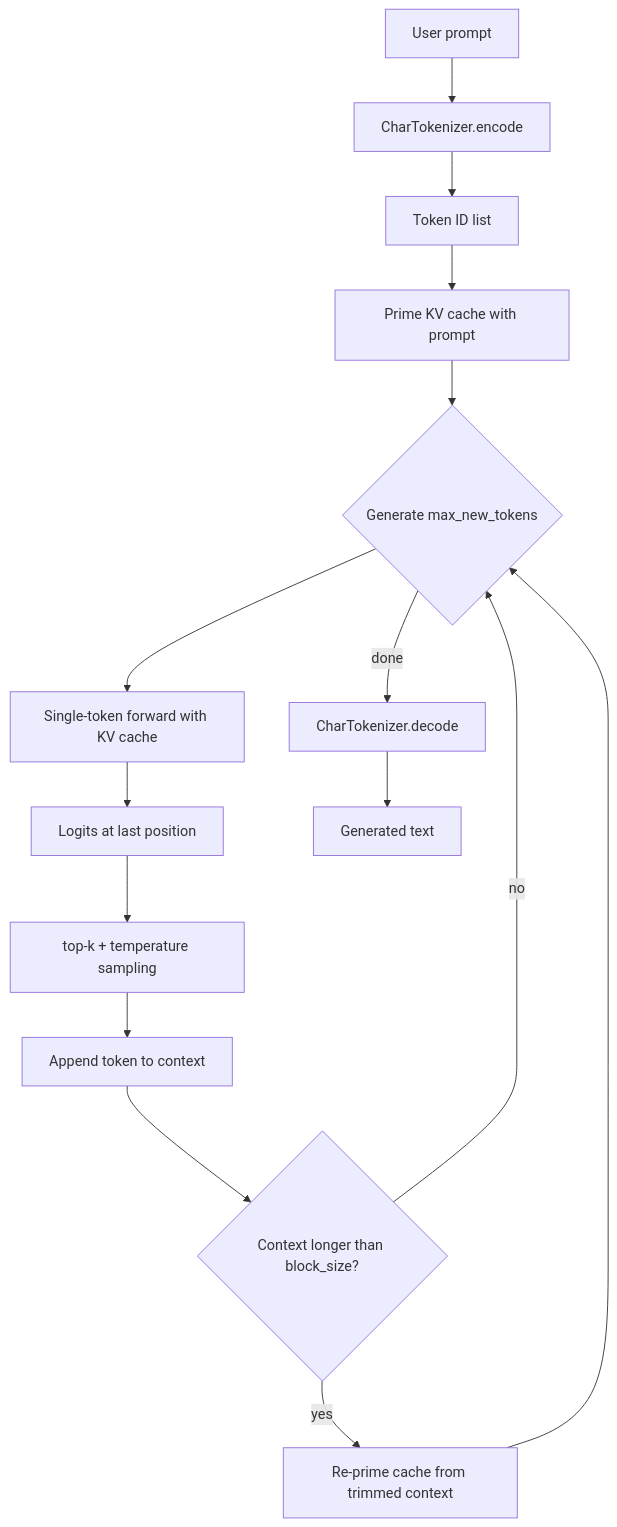
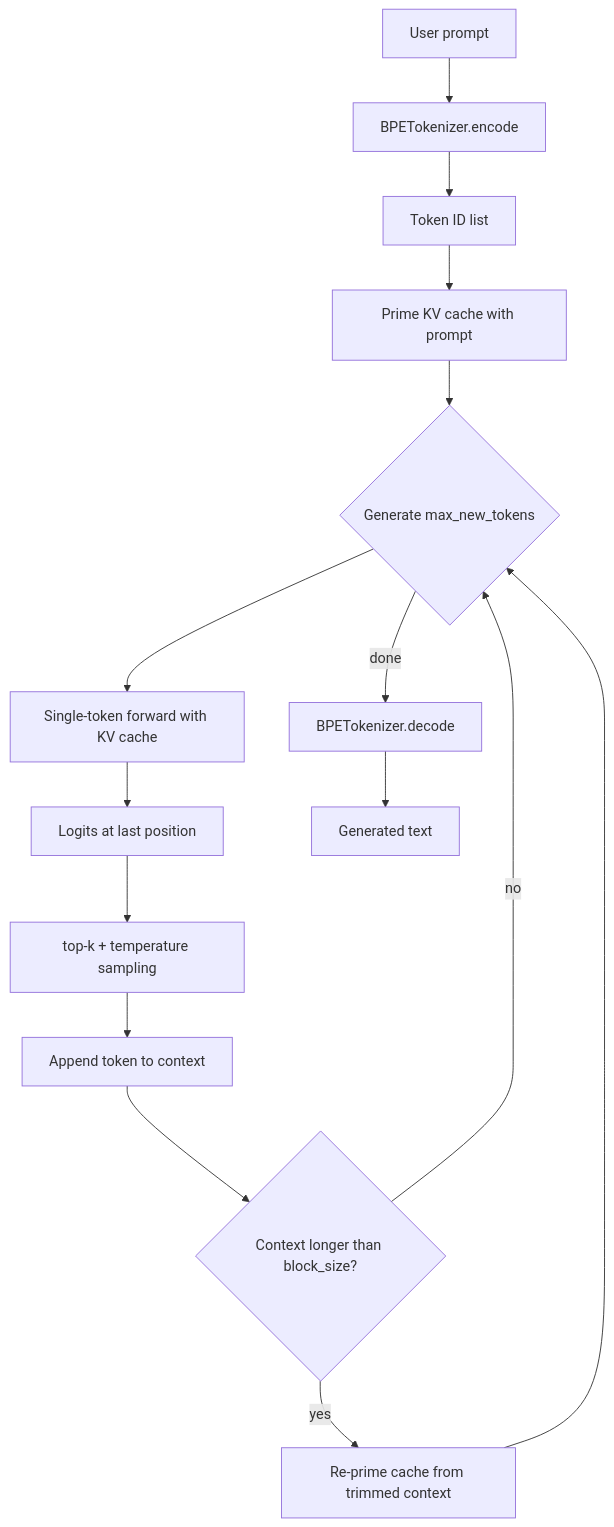
Before and after one commit to shubham-agarwal-techculture/transformer-model: the fourth of 9 diagrams in README.md, drawn with Mermaid. The commit also changed other lines of this file and 23 other files, not shown here.

````diff
--- a/README.md
+++ b/README.md
@@ -164,19 +164,19 @@
 ```mermaid
 flowchart TD
-    Prompt[User prompt] --> Encode[CharTokenizer.encode]
+    Prompt[User prompt] --> Encode[BPETokenizer.encode]
     Encode --> Context[Token ID list]
     Context --> Prime[Prime KV cache with prompt]
     Prime --> Loop{Generate max_new_tokens}
 
     Loop --> Forward[Single-token forward with KV cache]
     Forward --> Logits[Logits at last position]
     Logits --> Sample[top-k + temperature sampling]
     Sample --> Append[Append token to context]
     Append --> Trim{Context longer than block_size?}
     Trim -->|yes| RePrime[Re-prime cache from trimmed context]
     Trim -->|no| Loop
     RePrime --> Loop
 
-    Loop -->|done| Decode[CharTokenizer.decode]
+    Loop -->|done| Decode[BPETokenizer.decode]
     Decode --> Output[Generated text]
 ```
````
